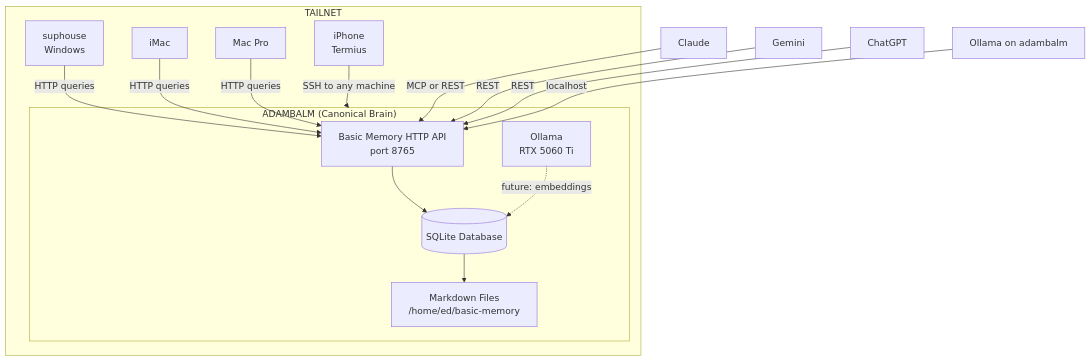
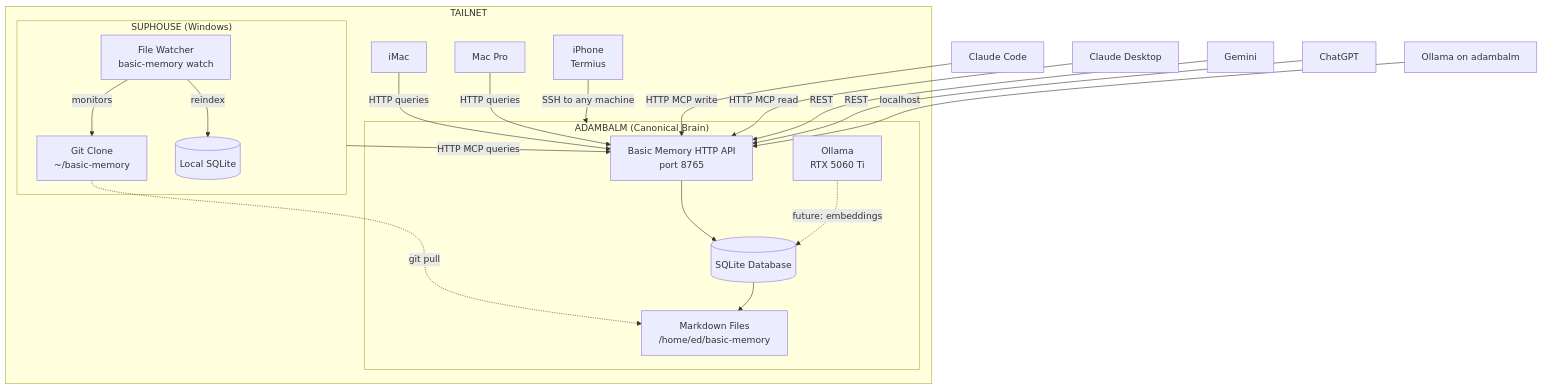
One commit to adambalm/basic-memory changed the diagram in decisions/Architecture Decision - Centralized Memory on adambalm.md. Above: the diagram before and after it, drawn with Mermaid. The commit also changed other lines of this file, not shown here.

Commit message:
sync: updates from suphouse Claude Desktop

````diff
--- a/decisions/Architecture Decision - Centralized Memory on adambalm.md
+++ b/decisions/Architecture Decision - Centralized Memory on adambalm.md
@@ -41,30 +40,40 @@
 ```mermaid
 graph TD
     subgraph TAILNET
         subgraph ADAMBALM["ADAMBALM (Canonical Brain)"]
             API[Basic Memory HTTP API<br/>port 8765]
             DB[(SQLite Database)]
             FILES[Markdown Files<br/>/home/ed/basic-memory]
             OLLAMA[Ollama<br/>RTX 5060 Ti]
             
             API --> DB
             DB --> FILES
             OLLAMA -.->|future: embeddings| DB
         end
         
-        SUPHOUSE[suphouse<br/>Windows]
+        subgraph SUPHOUSE["SUPHOUSE (Windows)"]
+            WATCHER[File Watcher<br/>basic-memory watch]
+            LOCALDB[(Local SQLite)]
+            LOCALFILES[Git Clone<br/>~/basic-memory]
+            
+            WATCHER -->|monitors| LOCALFILES
+            WATCHER -->|reindex| LOCALDB
+            LOCALFILES -.->|git pull| FILES
+        end
+        
         IMAC[iMac]
         MACPRO[Mac Pro]
         IPHONE[iPhone<br/>Termius]
         
-        SUPHOUSE -->|HTTP queries| API
+        SUPHOUSE -->|HTTP MCP queries| API
         IMAC -->|HTTP queries| API
         MACPRO -->|HTTP queries| API
         IPHONE -->|SSH to any machine| ADAMBALM
     end
     
-    CLAUDE[Claude] -->|MCP or REST| API
+    CLAUDE_CODE[Claude Code] -->|HTTP MCP write| API
+    CLAUDE_DESKTOP[Claude Desktop] -->|HTTP MCP read| API
     GEMINI[Gemini] -->|REST| API
     CHATGPT[ChatGPT] -->|REST| API
     LOCAL_OLLAMA[Ollama on adambalm] -->|localhost| API
 ```
````
